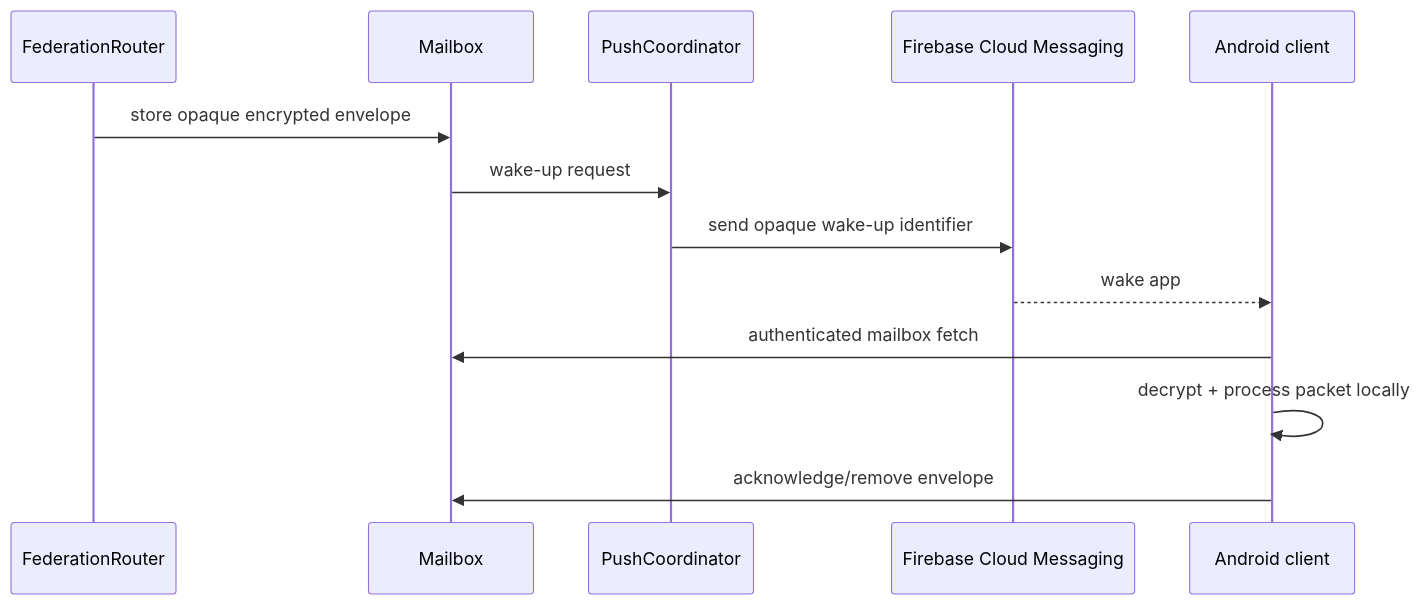
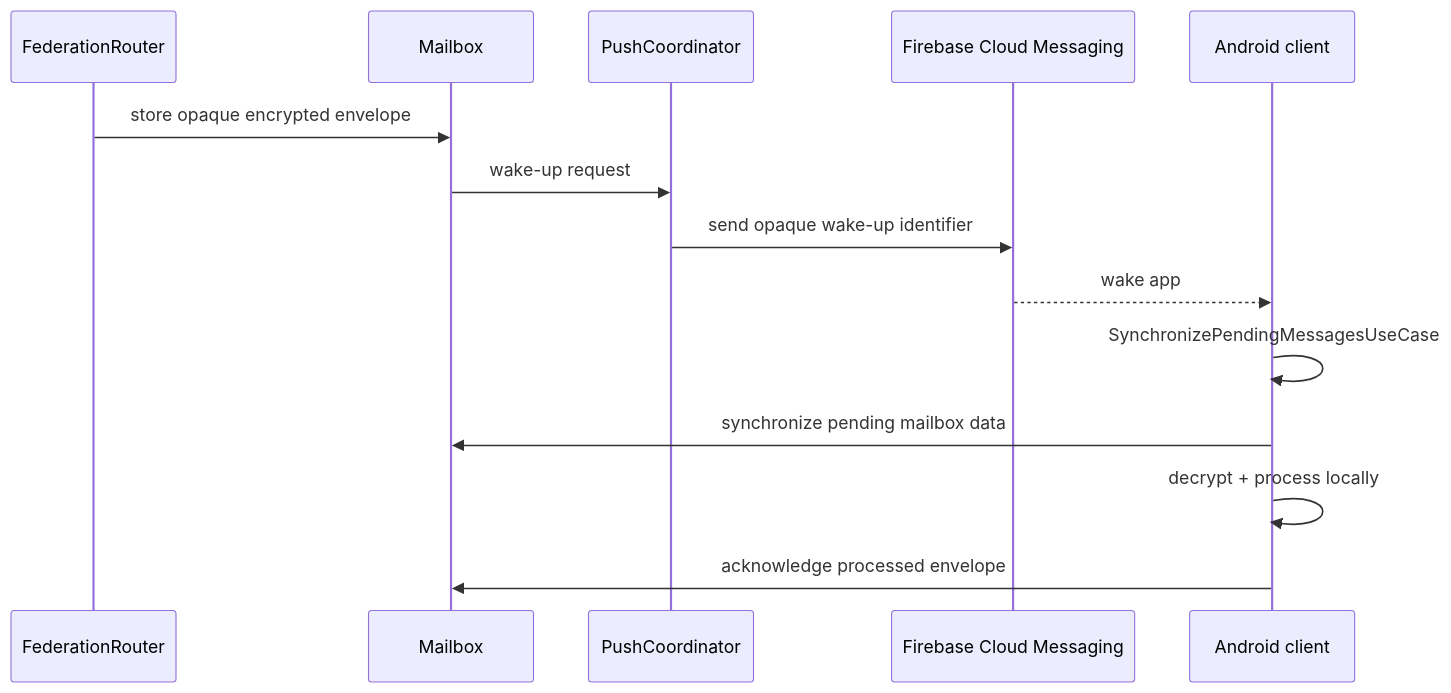
The fifth of 5 diagrams in docs/features/message-transport-flow.md (cbgm/Sparrow), drawn with Mermaid before and after one commit. The commit also changed other lines of this file and 70 other files, not shown here.

````diff
--- a/docs/features/message-transport-flow.md
+++ b/docs/features/message-transport-flow.md
@@ -106,16 +203,17 @@
 ```mermaid
 sequenceDiagram
     participant F as FederationRouter
     participant M as Mailbox
     participant P as PushCoordinator
     participant FCM as Firebase Cloud Messaging
     participant A as Android client
 
     F->>M: store opaque encrypted envelope
     M->>P: wake-up request
     P->>FCM: send opaque wake-up identifier
     FCM-->>A: wake app
-    A->>M: authenticated mailbox fetch
-    A->>A: decrypt + process packet locally
-    A->>M: acknowledge/remove envelope
+    A->>A: SynchronizePendingMessagesUseCase
+    A->>M: synchronize pending mailbox data
+    A->>A: decrypt + process locally
+    A->>M: acknowledge processed envelope
 ```
````
